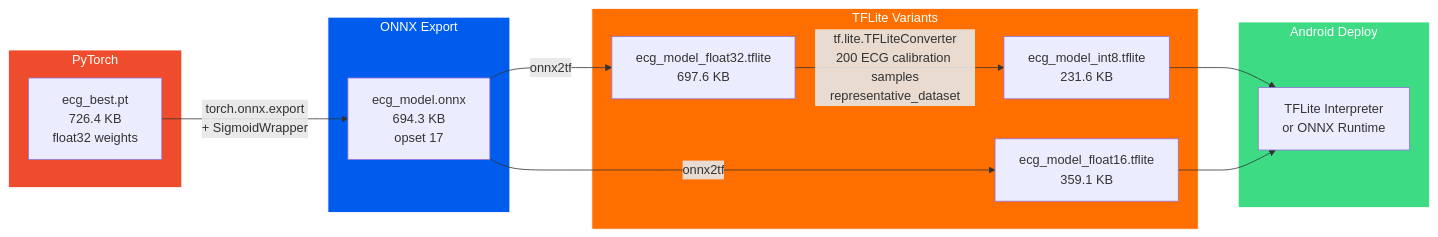
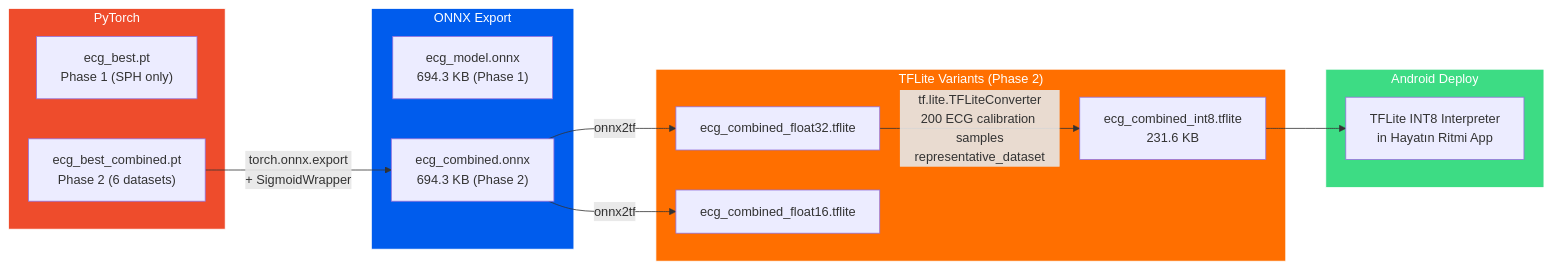
Diagram 11 of 12 in docs/model/MODEL_DOCUMENTATION.md (adzetto/hayatin_ritmi), drawn with Mermaid before and after one commit. The commit also changed other lines of this file, not shown here.

First line of the commit message:
Update MODEL_DOCUMENTATION.md with cross-dataset evaluation details

````diff
--- a/docs/model/MODEL_DOCUMENTATION.md
+++ b/docs/model/MODEL_DOCUMENTATION.md
@@ -199,32 +596,33 @@
 ```mermaid
 flowchart LR
     subgraph PYTORCH["PyTorch"]
-        PT["ecg_best.pt<br/>726.4 KB<br/>float32 weights"]
+        PT1["ecg_best.pt<br/>Phase 1 (SPH only)"]
+        PT2["ecg_best_combined.pt<br/>Phase 2 (6 datasets)"]
     end
 
     subgraph ONNX_EXPORT["ONNX Export"]
-        OX["ecg_model.onnx<br/>694.3 KB<br/>opset 17"]
+        OX1["ecg_model.onnx<br/>694.3 KB (Phase 1)"]
+        OX2["ecg_combined.onnx<br/>694.3 KB (Phase 2)"]
     end
 
-    subgraph TFLITE["TFLite Variants"]
-        TF32["ecg_model_float32.tflite<br/>697.6 KB"]
-        TF16["ecg_model_float16.tflite<br/>359.1 KB"]
-        TF8["ecg_model_int8.tflite<br/>231.6 KB"]
+    subgraph TFLITE["TFLite Variants (Phase 2)"]
+        TF32["ecg_combined_float32.tflite"]
+        TF16["ecg_combined_float16.tflite"]
+        TF8["ecg_combined_int8.tflite<br/>231.6 KB"]
     end
 
     subgraph ANDROID["Android Deploy"]
-        APP["TFLite Interpreter<br/>or ONNX Runtime"]
+        APP["TFLite INT8 Interpreter<br/>in Hayatın Ritmi App"]
     end
 
-    PT -->|"torch.onnx.export<br/>+ SigmoidWrapper"| OX
-    OX -->|"onnx2tf"| TF32
-    OX -->|"onnx2tf"| TF16
+    PT2 -->|"torch.onnx.export<br/>+ SigmoidWrapper"| OX2
+    OX2 -->|"onnx2tf"| TF32
+    OX2 -->|"onnx2tf"| TF16
     TF32 -->|"tf.lite.TFLiteConverter<br/>200 ECG calibration samples<br/>representative_dataset"| TF8
     TF8 --> APP
-    TF16 --> APP
 
     style PYTORCH fill:#ee4c2c,stroke:#fff,color:#fff
     style ONNX_EXPORT fill:#005CED,stroke:#fff,color:#fff
     style TFLITE fill:#FF6F00,stroke:#fff,color:#fff
     style ANDROID fill:#3DDC84,stroke:#fff,color:#fff
 ```
````
